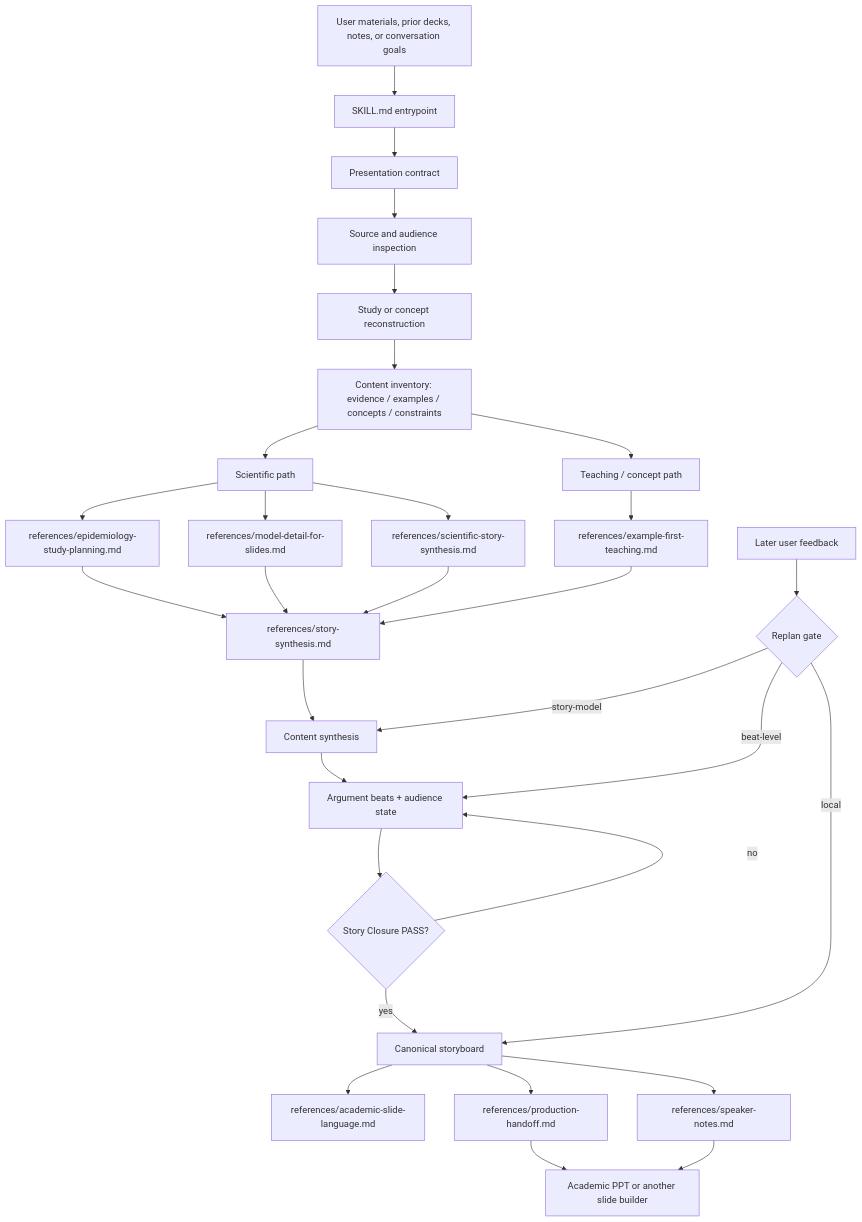
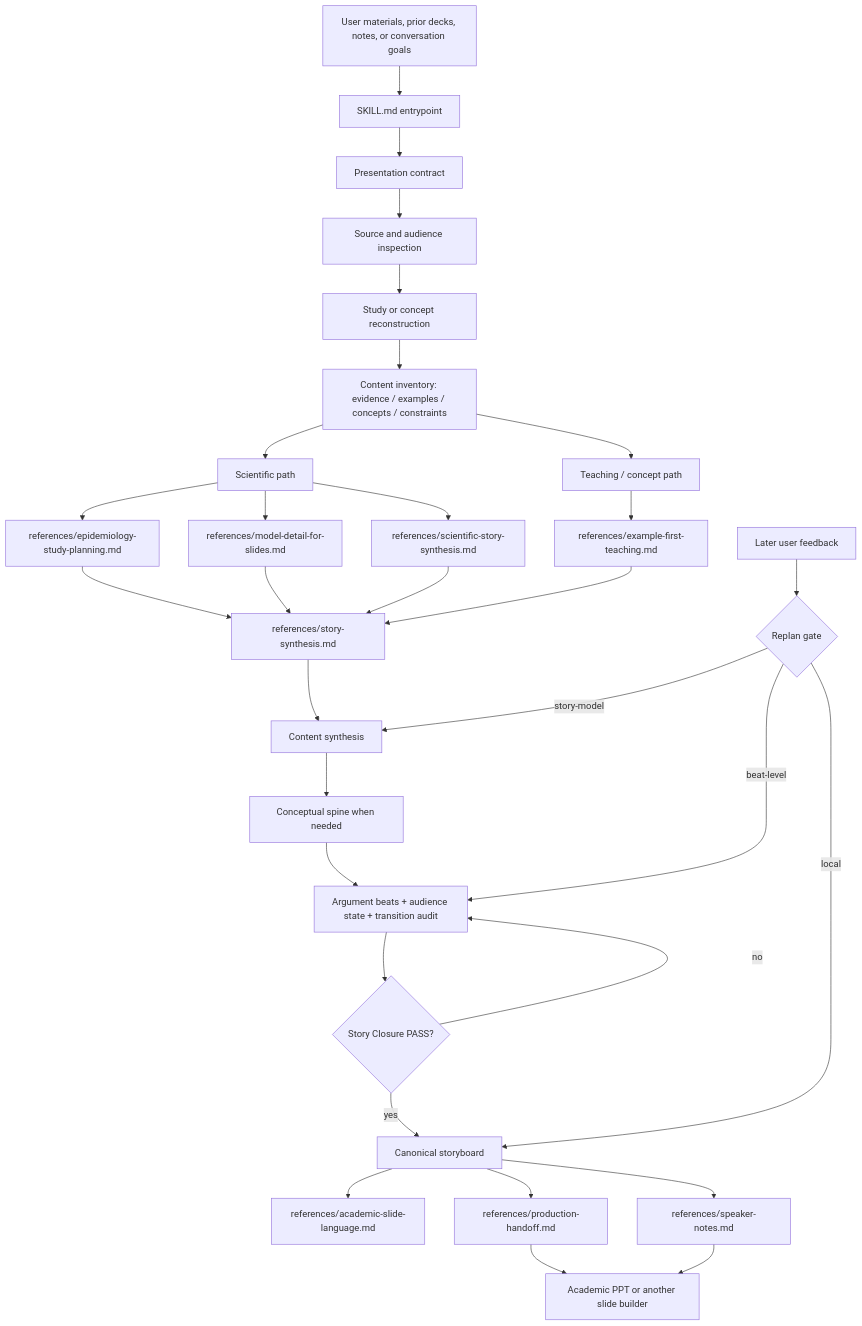
The diagram in ARCHITECTURE.md (yihan-hu/yihan-hu-ppt-planner), drawn with Mermaid before and after one commit. The commit also changed other lines of this file, not shown here.

````diff
--- a/ARCHITECTURE.md
+++ b/ARCHITECTURE.md
@@ -3,40 +3,41 @@
 ```mermaid
 flowchart TD
   User[User materials, prior decks, notes, or conversation goals] --> Entry[SKILL.md entrypoint]
   Entry --> Contract[Presentation contract]
   Contract --> Source[Source and audience inspection]
   Source --> Reconstruct[Study or concept reconstruction]
   Reconstruct --> Inventory[Content inventory: evidence / examples / concepts / constraints]
 
   Inventory --> Study[Scientific path]
   Inventory --> Teaching[Teaching / concept path]
 
   Study --> Epi[references/epidemiology-study-planning.md]
   Study --> Model[references/model-detail-for-slides.md]
   Study --> SciSynthesis[references/scientific-story-synthesis.md]
 
   Teaching --> ExampleFirst[references/example-first-teaching.md]
 
   Epi --> Story[references/story-synthesis.md]
   Model --> Story
   SciSynthesis --> Story
   ExampleFirst --> Story
 
   Story --> ContentModel[Content synthesis]
-  ContentModel --> Argument[Argument beats + audience state]
+  ContentModel --> Spine[Conceptual spine when needed]
+  Spine --> Argument[Argument beats + audience state + transition audit]
   Argument --> Closure{Story Closure PASS?}
   Closure -- no --> Argument
   Closure -- yes --> Storyboard[Canonical storyboard]
 
   Storyboard --> Language[references/academic-slide-language.md]
   Storyboard --> Notes[references/speaker-notes.md]
   Storyboard --> Handoff[references/production-handoff.md]
 
   Feedback[Later user feedback] --> Replan{Replan gate}
   Replan -- local --> Storyboard
   Replan -- beat-level --> Argument
   Replan -- story-model --> ContentModel
 
   Handoff --> Builder[Academic PPT or another slide builder]
   Notes --> Builder
 ```
````
